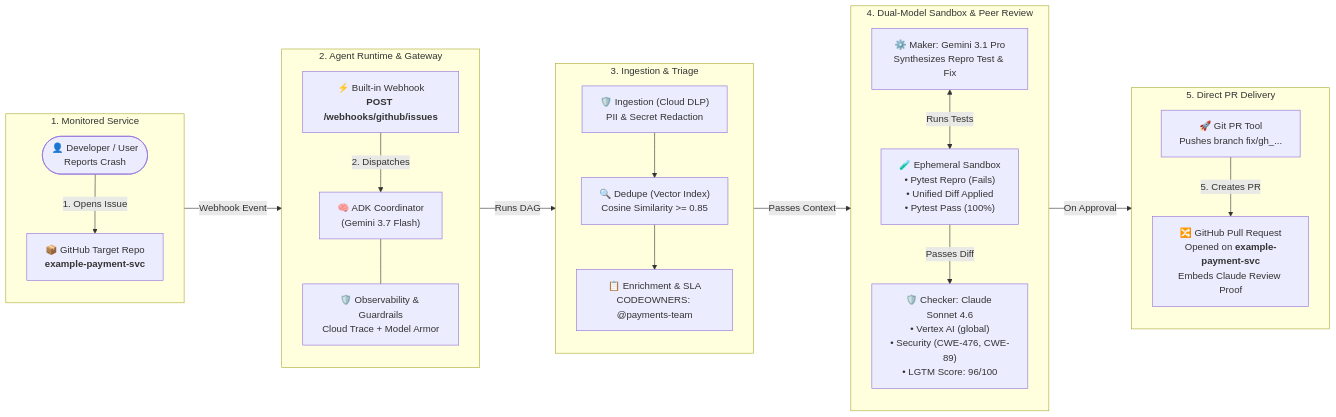
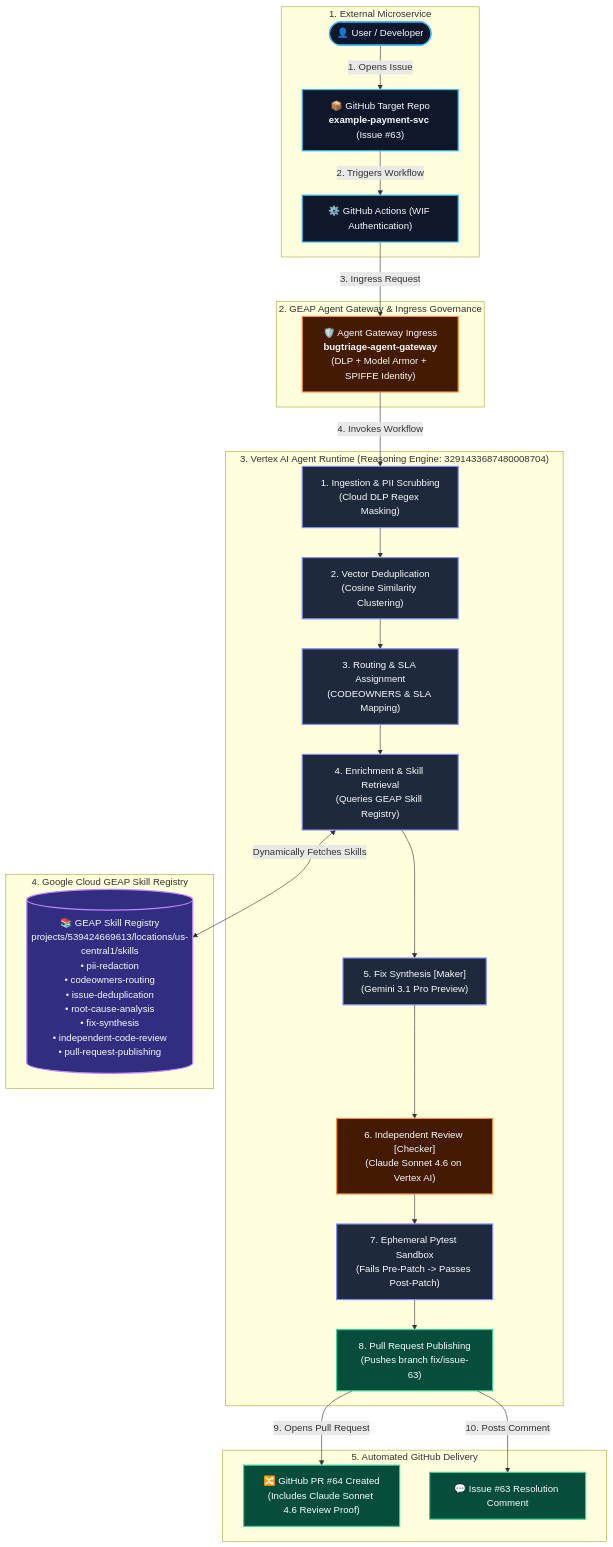
One commit to aiarchitect2406/bugtriage-agent changed the diagram in README.md. Above: the diagram before and after it, drawn with Mermaid. The commit also changed other lines of this file, not shown here.

Commit message:
docs: update README.md with production GEAP Skill Registry, Agent Gateway, and live E2E architecture

````diff
--- a/README.md
+++ b/README.md
@@ -60,48 +40,38 @@
 ```mermaid
-flowchart LR
-    subgraph S1["1. Monitored Service"]
-        direction TB
-        User(["👤 Developer / User<br/>Reports Crash"])
-        TargetRepo["📦 GitHub Target Repo<br/><b>example-payment-svc</b>"]
-        User -->|"1. Opens Issue"| TargetRepo
+flowchart TD
+    classDef darkBox fill:#0f172a,stroke:#38bdf8,stroke-width:2px,color:#f8fafc;
+    classDef darkStep fill:#1e293b,stroke:#818cf8,stroke-width:2px,color:#f8fafc;
+    classDef darkSec fill:#451a03,stroke:#fb923c,stroke-width:2px,color:#f8fafc;
+    classDef darkSuccess fill:#064e3b,stroke:#34d399,stroke-width:2px,color:#f8fafc;
+    classDef darkCloud fill:#312e81,stroke:#c084fc,stroke-width:2px,color:#f8fafc;
+
+    subgraph External["1. External Microservice"]
+        User(["👤 User / Developer"]):::darkBox -->|"1. Opens Issue"| GHIssue["📦 GitHub Target Repo<br/><b>example-payment-svc</b> (Issue #63)"]:::darkBox
+        GHIssue -->|"2. Triggers Workflow"| GHActions["⚙️ GitHub Actions (WIF Authentication)"]:::darkBox
     end
 
-    subgraph S2["2. Agent Runtime & Gateway"]
-        direction TB
-        Webhook["⚡ Built-in Webhook<br/><b>POST /webhooks/github/issues</b>"]
-        Coordinator["🧠 ADK Coordinator<br/>(Gemini 3.7 Flash)"]
-        Plugin["🛡️ Observability & Guardrails<br/>Cloud Trace + Model Armor"]
-        Webhook -->|"2. Dispatches"| Coordinator
-        Coordinator --- Plugin
+    subgraph Gateway["2. GEAP Agent Gateway & Ingress Governance"]
+        GHActions -->|"3. Ingress Request"| AgentGW["🛡️ Agent Gateway Ingress<br/><b>bugtriage-agent-gateway</b><br/>(DLP + Model Armor + SPIFFE Identity)"]:::darkSec
     end
 
-    subgraph S3["3. Ingestion & Triage"]
-        direction TB
-        DLP["🛡️ Ingestion (Cloud DLP)<br/>PII & Secret Redaction"]
-        Dedupe["🔍 Dedupe (Vector Index)<br/>Cosine Similarity >= 0.85"]
-        Enrich["📋 Enrichment & SLA<br/>CODEOWNERS: @payments-team"]
-        DLP --> Dedupe --> Enrich
+    subgraph Runtime["3. Vertex AI Agent Runtime (Reasoning Engine: 3291433687480008704)"]
+        AgentGW -->|"4. Invokes Workflow"| Node1["1. Ingestion & PII Scrubbing<br/>(Cloud DLP Regex Masking)"]:::darkStep
+        Node1 --> Node2["2. Vector Deduplication<br/>(Cosine Similarity Clustering)"]:::darkStep
+        Node2 --> Node3["3. Routing & SLA Assignment<br/>(CODEOWNERS & SLA Mapping)"]:::darkStep
+        Node3 --> Node4["4. Enrichment & Skill Retrieval<br/>(Queries GEAP Skill Registry)"]:::darkStep
+        Node4 --> Node5["5. Fix Synthesis [Maker]<br/>(Gemini 3.1 Pro Preview)"]:::darkStep
+        Node5 --> Node6["6. Independent Review [Checker]<br/>(Claude Sonnet 4.6 on Vertex AI)"]:::darkSec
+        Node6 --> Node7["7. Ephemeral Pytest Sandbox<br/>(Fails Pre-Patch -> Passes Post-Patch)"]:::darkStep
+        Node7 --> Node8["8. Pull Request Publishing<br/>(Pushes branch fix/issue-63)"]:::darkSuccess
     end
 
-    subgraph S4["4. Dual-Model Sandbox & Peer Review"]
-        direction TB
-        Maker["⚙️ Maker: Gemini 3.1 Pro<br/>Synthesizes Repro Test & Fix"]
-        Sandbox["🧪 Ephemeral Sandbox<br/>• Pytest Repro (Fails)<br/>• Unified Diff Applied<br/>• Pytest Pass (100%)"]
-        Reviewer["🛡️ Checker: Claude Sonnet 4.6<br/>• Vertex AI (global)<br/>• Security (CWE-476, CWE-89)<br/>• LGTM Score: 96/100"]
-        
-        Maker <-->|"Runs Tests"| Sandbox
-        Sandbox -->|"Passes Diff"| Reviewer
+    subgraph Registry["4. Google Cloud GEAP Skill Registry"]
+        SkillReg[("📚 GEAP Skill Registry<br/>projects/539424669613/locations/us-central1/skills<br/>• pii-redaction<br/>• codeowners-routing<br/>• issue-deduplication<br/>• root-cause-analysis<br/>• fix-synthesis<br/>• independent-code-review<br/>• pull-request-publishing")]:::darkCloud
+        Node4 <-->|"Dynamically Fetches Skills"| SkillReg
     end
 
-    subgraph S5["5. Direct PR Delivery"]
-        direction TB
-        GitTool["🚀 Git PR Tool<br/>Pushes branch fix/gh_..."]
-        DraftPR["🔀 GitHub Pull Request<br/>Opened on <b>example-payment-svc</b><br/>Embeds Claude Review Proof"]
-        GitTool -->|"5. Creates PR"| DraftPR
+    subgraph Output["5. Automated GitHub Delivery"]
+        Node8 -->|"9. Opens Pull Request"| GHPR["🔀 GitHub PR #64 Created<br/>(Includes Claude Sonnet 4.6 Review Proof)"]:::darkSuccess
+        Node8 -->|"10. Posts Comment"| GHComment["💬 Issue #63 Resolution Comment"]:::darkSuccess
     end
-
-    TargetRepo -->|"Webhook Event"| Webhook
-    Coordinator -->|"Runs DAG"| DLP
-    Enrich -->|"Passes Context"| Maker
-    Reviewer -->|"On Approval"| GitTool
 ```
````
